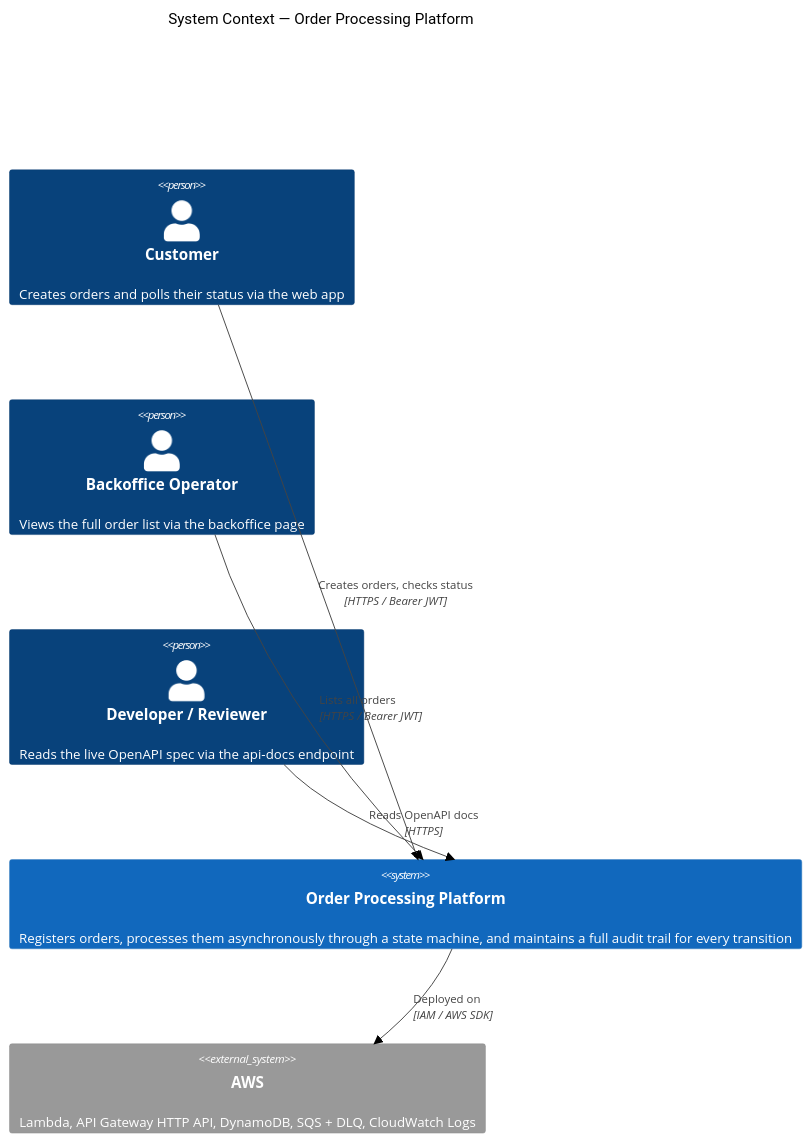
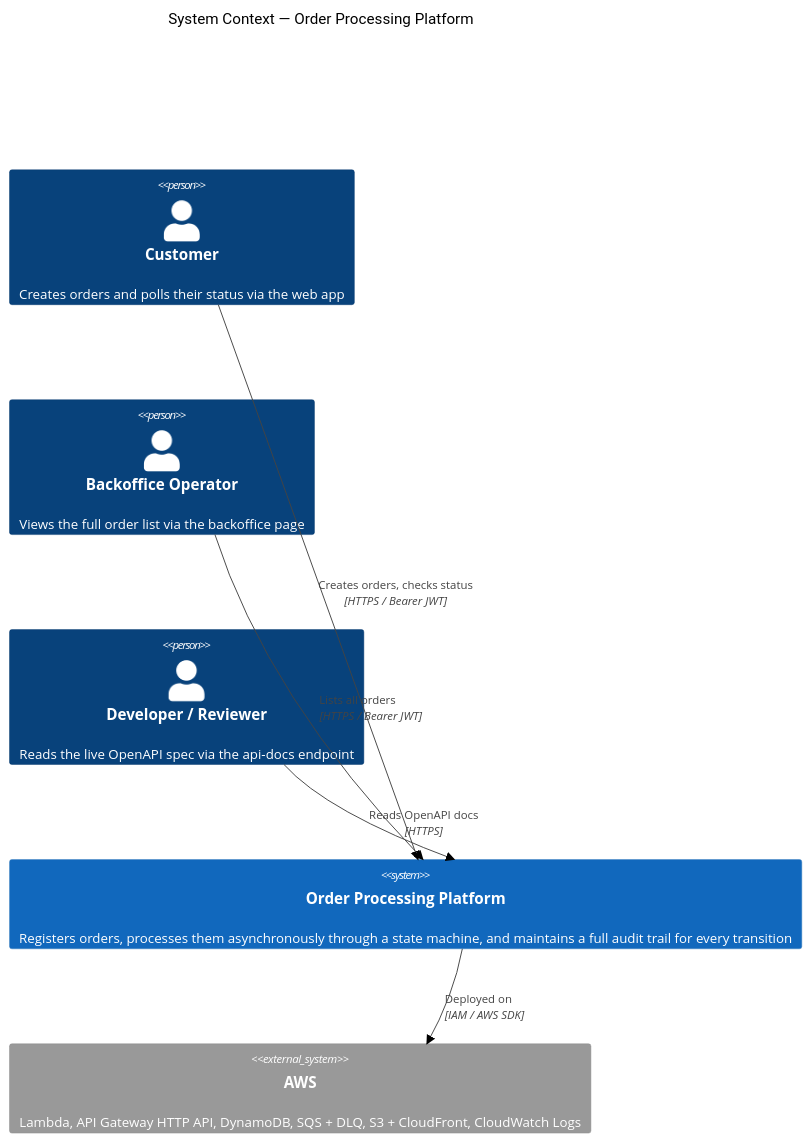
The first of 3 diagrams in docs/c4.md (marcoshuaranga/tcs-challenge-for-backend), drawn with Mermaid (forest theme) before and after one commit. The commit also changed other lines of this file and 9 other files, not shown here.

First line of the commit message:
refactor(infra): wire DynamoDB repos through dynamodb-toolbox v2 entity API

````diff
--- a/docs/c4.md
+++ b/docs/c4.md
@@ -11,17 +11,17 @@
 ```mermaid
 C4Context
   title System Context — Order Processing Platform
 
   Person(customer, "Customer", "Creates orders and polls their status via the web app")
   Person(backoffice, "Backoffice Operator", "Views the full order list via the backoffice page")
   Person(developer, "Developer / Reviewer", "Reads the live OpenAPI spec via the api-docs endpoint")
 
   System(platform, "Order Processing Platform", "Registers orders, processes them asynchronously through a state machine, and maintains a full audit trail for every transition")
 
-  System_Ext(aws, "AWS", "Lambda, API Gateway HTTP API, DynamoDB, SQS + DLQ, CloudWatch Logs")
+  System_Ext(aws, "AWS", "Lambda, API Gateway HTTP API, DynamoDB, SQS + DLQ, S3 + CloudFront, CloudWatch Logs")
 
   Rel(customer, platform, "Creates orders, checks status", "HTTPS / Bearer JWT")
   Rel(backoffice, platform, "Lists all orders", "HTTPS / Bearer JWT")
   Rel(developer, platform, "Reads OpenAPI docs", "HTTPS")
   Rel(platform, aws, "Deployed on", "IAM / AWS SDK")
 ```
````
